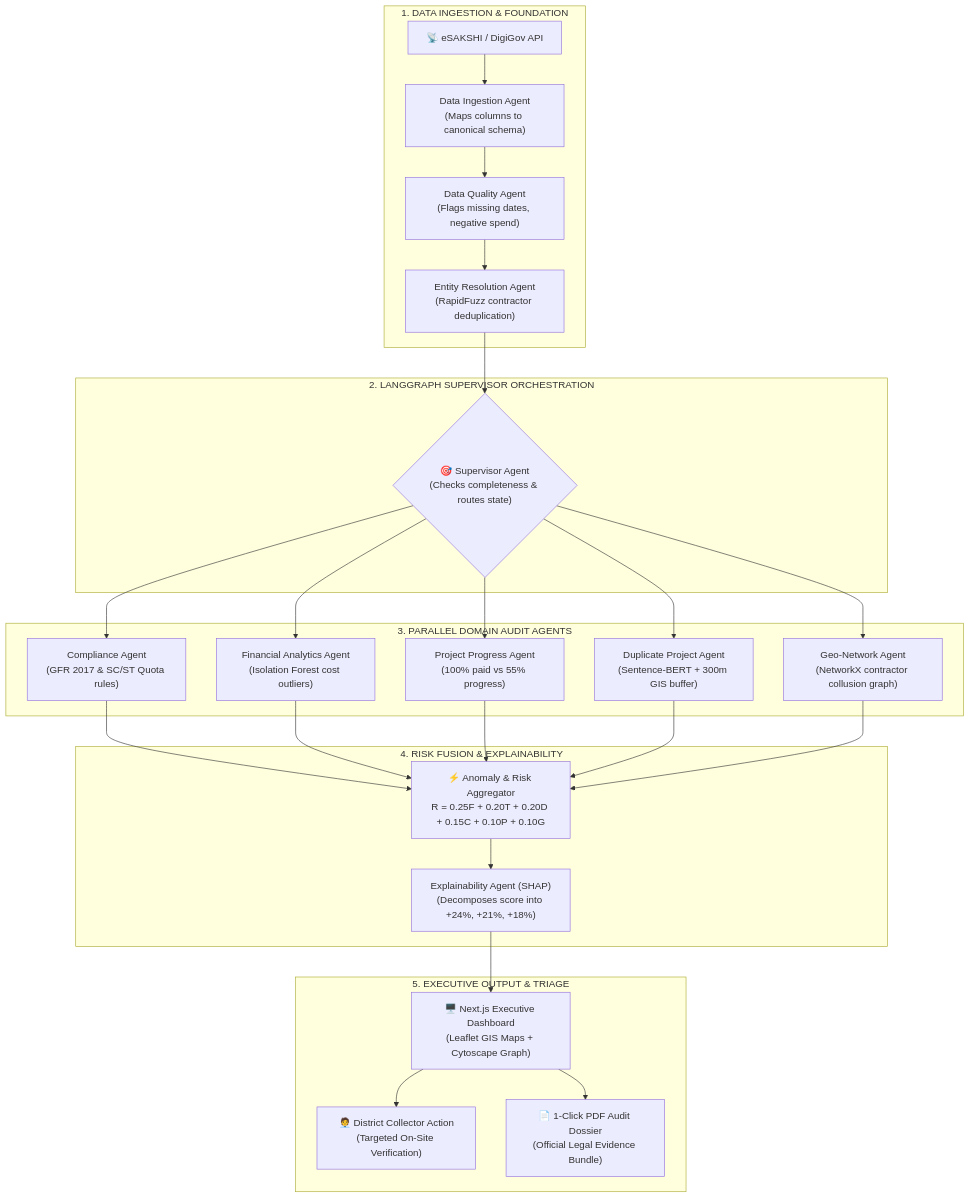
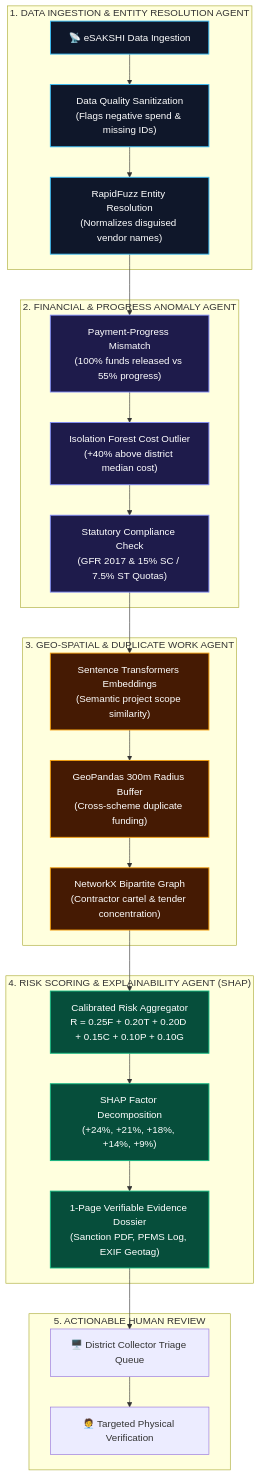
The diagram in README.md (incharagwda123-alt/JanNigrani-MAS), drawn with Mermaid before and after one commit. The commit also changed other lines of this file and 1 other file, not shown here.

Commit message:
feat: refactor MVP system architecture to 4 core agents

````diff
--- a/README.md
+++ b/README.md
@@ -73,31 +30,40 @@
 ```mermaid
 flowchart TD
-    subgraph S1["1. DATA INGESTION &amp; FOUNDATION"]
-        A["📡 eSAKSHI / DigiGov API"] --> B["Data Ingestion Agent<br/>(Maps columns to canonical schema)"]
-        B --> C["Data Quality Agent<br/>(Flags missing dates, negative spend)"]
-        C --> D["Entity Resolution Agent<br/>(RapidFuzz contractor deduplication)"]
+    subgraph S1["1. DATA INGESTION &amp; ENTITY RESOLUTION AGENT"]
+        A["📡 eSAKSHI Data Ingestion"] --> B["Data Quality Sanitization<br/>(Flags negative spend &amp; missing IDs)"]
+        B --> C["RapidFuzz Entity Resolution<br/>(Normalizes disguised vendor names)"]
     end
 
-    subgraph S2["2. LANGGRAPH SUPERVISOR ORCHESTRATION"]
-        D --> E{"🎯 Supervisor Agent<br/>(Checks completeness &amp; routes state)"}
+    subgraph S2["2. FINANCIAL &amp; PROGRESS ANOMALY AGENT"]
+        C --> D["Payment-Progress Mismatch<br/>(100% funds released vs 55% progress)"]
+        D --> E["Isolation Forest Cost Outlier<br/>(+40% above district median cost)"]
+        E --> F["Statutory Compliance Check<br/>(GFR 2017 &amp; 15% SC / 7.5% ST Quotas)"]
     end
 
-    subgraph S3["3. PARALLEL DOMAIN AUDIT AGENTS"]
-        E --> F["Compliance Agent<br/>(GFR 2017 &amp; SC/ST Quota rules)"]
-        E --> G["Financial Analytics Agent<br/>(Isolation Forest cost outliers)"]
-        E --> H["Project Progress Agent<br/>(100% paid vs 55% progress)"]
-        E --> I["Duplicate Project Agent<br/>(Sentence-BERT + 300m GIS buffer)"]
-        E --> J["Geo-Network Agent<br/>(NetworkX contractor collusion graph)"]
+    subgraph S3["3. GEO-SPATIAL &amp; DUPLICATE WORK AGENT"]
+        F --> G["Sentence Transformers Embeddings<br/>(Semantic project scope similarity)"]
+        G --> H["GeoPandas 300m Radius Buffer<br/>(Cross-scheme duplicate funding)"]
+        H --> I["NetworkX Bipartite Graph<br/>(Contractor cartel &amp; tender concentration)"]
     end
 
-    subgraph S4["4. RISK FUSION &amp; EXPLAINABILITY"]
-        F & G & H & I & J --> K["⚡ Anomaly &amp; Risk Aggregator<br/>R = 0.25F + 0.20T + 0.20D + 0.15C + 0.10P + 0.10G"]
-        K --> L["Explainability Agent (SHAP)<br/>(Decomposes score into +24%, +21%, +18%)"]
+    subgraph S4["4. RISK SCORING &amp; EXPLAINABILITY AGENT (SHAP)"]
+        I --> J["Calibrated Risk Aggregator<br/>R = 0.25F + 0.20T + 0.20D + 0.15C + 0.10P + 0.10G"]
+        J --> K["SHAP Factor Decomposition<br/>(+24%, +21%, +18%, +14%, +9%)"]
+        K --> L["1-Page Verifiable Evidence Dossier<br/>(Sanction PDF, PFMS Log, EXIF Geotag)"]
     end
 
-    subgraph S5["5. EXECUTIVE OUTPUT &amp; TRIAGE"]
-        L --> M["🖥️ Next.js Executive Dashboard<br/>(Leaflet GIS Maps + Cytoscape Graph)"]
-        M --> N["🧑‍💼 District Collector Action<br/>(Targeted On-Site Verification)"]
-        M --> O["📄 1-Click PDF Audit Dossier<br/>(Official Legal Evidence Bundle)"]
+    subgraph S5["5. ACTIONABLE HUMAN REVIEW"]
+        L --> M["🖥️ District Collector Triage Queue"]
+        M --> N["🧑‍💼 Targeted Physical Verification"]
     end
+
+    classDef blueBox fill:#0f172a,stroke:#38bdf8,stroke-width:1.5px,color:#fff;
+    classDef purpleBox fill:#1e1b4b,stroke:#818cf8,stroke-width:1.5px,color:#fff;
+    classDef amberBox fill:#451a03,stroke:#f59e0b,stroke-width:1.5px,color:#fff;
+    classDef greenBox fill:#064e3b,stroke:#10b981,stroke-width:1.5px,color:#fff;
+
+    class A,B,C blueBox;
+    class D,E,F purpleBox;
+    class G,H,I amberBox;
+    class J,K,L greenBox;
 ```
````
